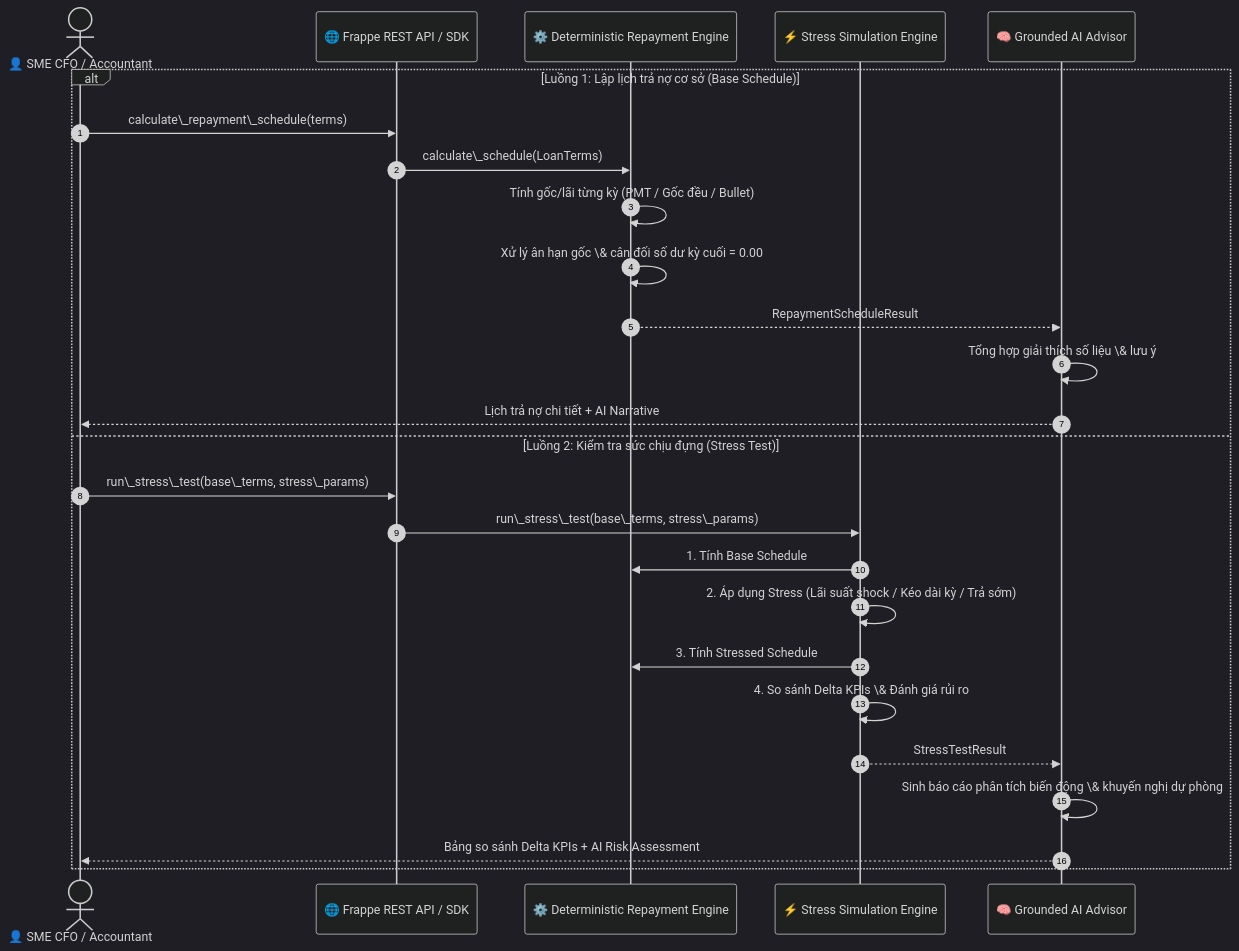
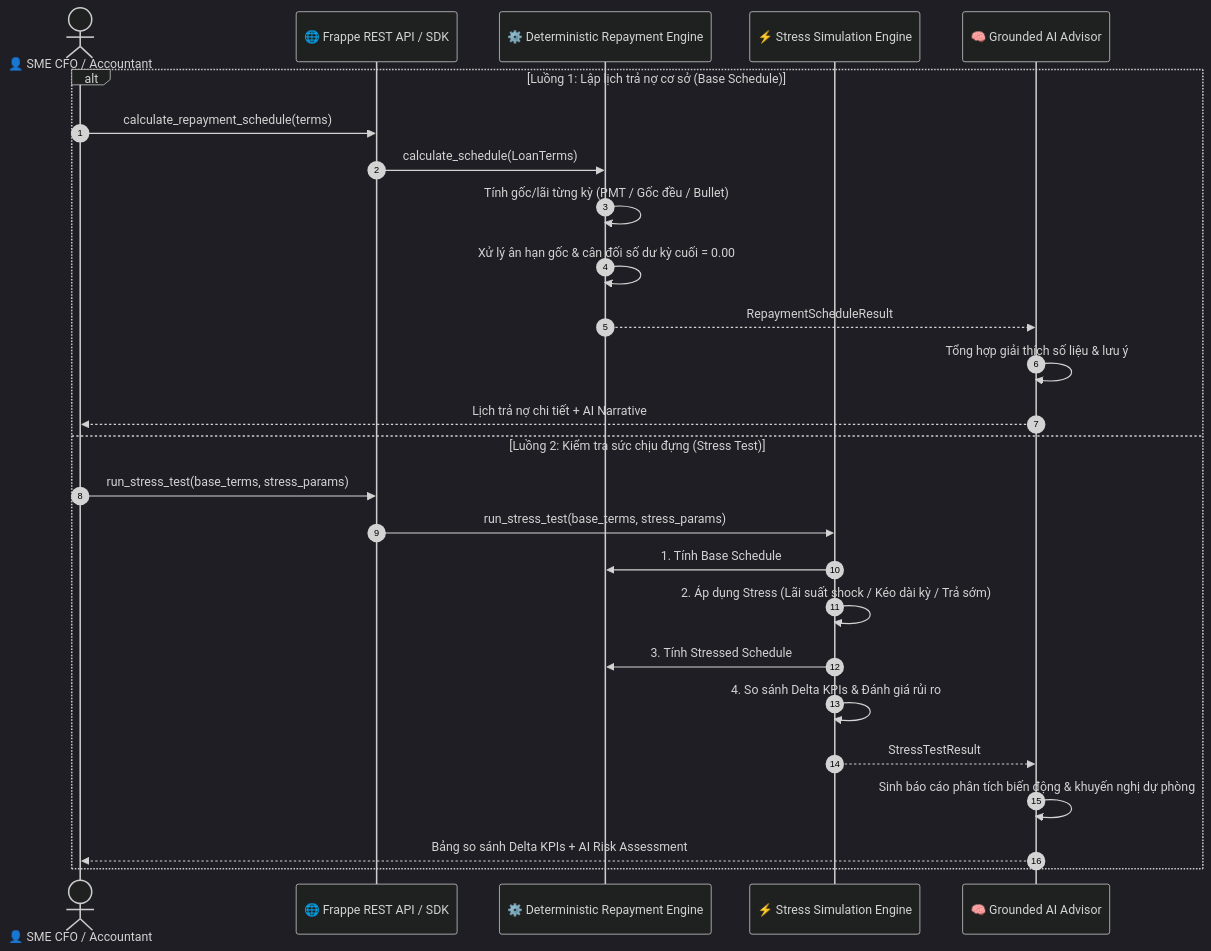
Before and after one commit to trungkienit25/lotus-fin: the first of 2 diagrams in lotus_fin/lotus_fin/AI006/README.md, drawn with Mermaid (dark theme). The commit also changed other lines of this file, not shown here.

````diff
--- a/lotus_fin/lotus_fin/AI006/README.md
+++ b/lotus_fin/lotus_fin/AI006/README.md
@@ -47,29 +44,29 @@
 ```mermaid
 sequenceDiagram
     autonumber
     actor User as 👤 SME CFO / Accountant
     participant API as 🌐 Frappe REST API / SDK
     participant RepayEngine as ⚙️ Deterministic Repayment Engine
     participant StressEngine as ⚡ Stress Simulation Engine
     participant Advisor as 🧠 Grounded AI Advisor
 
     alt Luồng 1: Lập lịch trả nợ cơ sở (Base Schedule)
-        User->>API: calculate\_repayment\_schedule(terms)
-        API->>RepayEngine: calculate\_schedule(LoanTerms)
+        User->>API: calculate_repayment_schedule(terms)
+        API->>RepayEngine: calculate_schedule(LoanTerms)
         RepayEngine->>RepayEngine: Tính gốc/lãi từng kỳ (PMT / Gốc đều / Bullet)
-        RepayEngine->>RepayEngine: Xử lý ân hạn gốc \& cân đối số dư kỳ cuối = 0.00
+        RepayEngine->>RepayEngine: Xử lý ân hạn gốc & cân đối số dư kỳ cuối = 0.00
         RepayEngine-->>Advisor: RepaymentScheduleResult
-        Advisor->>Advisor: Tổng hợp giải thích số liệu \& lưu ý
+        Advisor->>Advisor: Tổng hợp giải thích số liệu & lưu ý
         Advisor-->>User: Lịch trả nợ chi tiết + AI Narrative
     else Luồng 2: Kiểm tra sức chịu đựng (Stress Test)
-        User->>API: run\_stress\_test(base\_terms, stress\_params)
-        API->>StressEngine: run\_stress\_test(base\_terms, stress\_params)
+        User->>API: run_stress_test(base_terms, stress_params)
+        API->>StressEngine: run_stress_test(base_terms, stress_params)
         StressEngine->>RepayEngine: 1. Tính Base Schedule
         StressEngine->>StressEngine: 2. Áp dụng Stress (Lãi suất shock / Kéo dài kỳ / Trả sớm)
         StressEngine->>RepayEngine: 3. Tính Stressed Schedule
-        StressEngine->>StressEngine: 4. So sánh Delta KPIs \& Đánh giá rủi ro
+        StressEngine->>StressEngine: 4. So sánh Delta KPIs & Đánh giá rủi ro
         StressEngine-->>Advisor: StressTestResult
-        Advisor->>Advisor: Sinh báo cáo phân tích biến động \& khuyến nghị dự phòng
+        Advisor->>Advisor: Sinh báo cáo phân tích biến động & khuyến nghị dự phòng
         Advisor-->>User: Bảng so sánh Delta KPIs + AI Risk Assessment
     end
 ```
````
